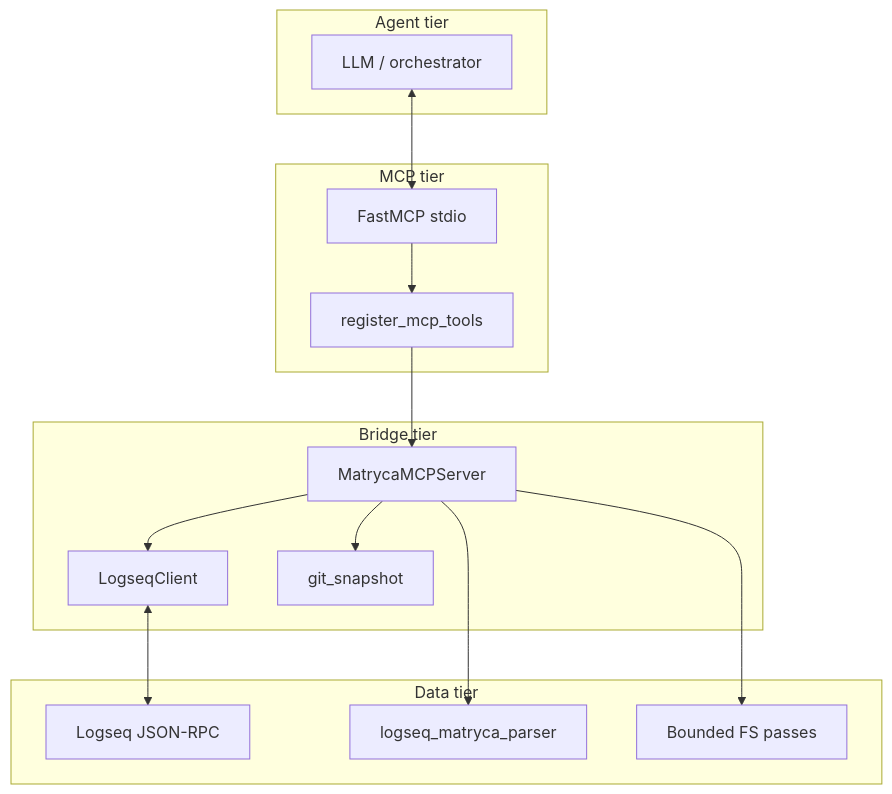
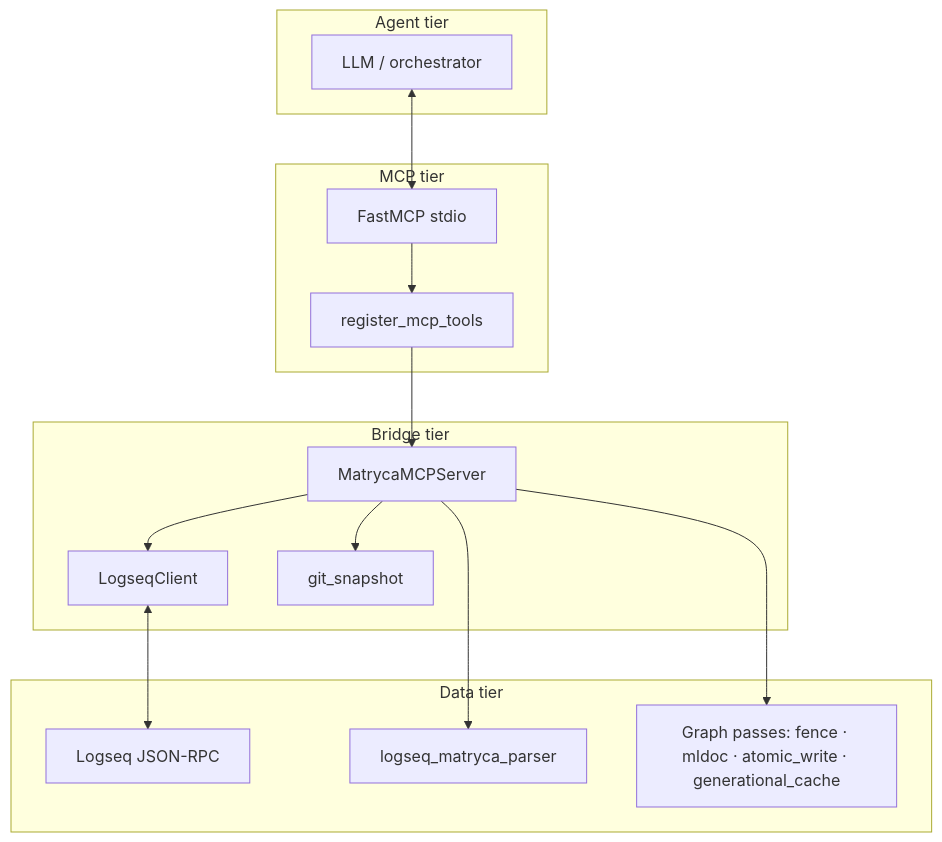
Before and after one commit to MarcoPorcellato/matryca-logseq-llm-wiki: the sixth of 6 diagrams in docs/ARCHITECTURE.md, drawn with Mermaid. The commit also changed other lines of this file and 7 other files, not shown here.

````diff
--- a/docs/ARCHITECTURE.md
+++ b/docs/ARCHITECTURE.md
@@ -190,28 +243,28 @@
 ```mermaid
 flowchart TB
   subgraph agent["Agent tier"]
     LLM["LLM / orchestrator"]
   end
   subgraph mcp["MCP tier"]
     FM["FastMCP stdio"]
     REG["register_mcp_tools"]
     FM --> REG
   end
   subgraph bridge["Bridge tier"]
     MS["MatrycaMCPServer"]
     LC["LogseqClient"]
     GS["git_snapshot"]
     MS --> LC
     MS --> GS
   end
   subgraph data["Data tier"]
     API["Logseq JSON-RPC"]
     PAR["logseq_matryca_parser"]
-    DISK["Bounded FS passes"]
+    DISK["Graph passes: fence · mldoc · atomic_write · generational_cache"]
   end
   LLM <--> FM
   REG --> MS
   LC <--> API
   MS --> PAR
   MS --> DISK
 ```
````
